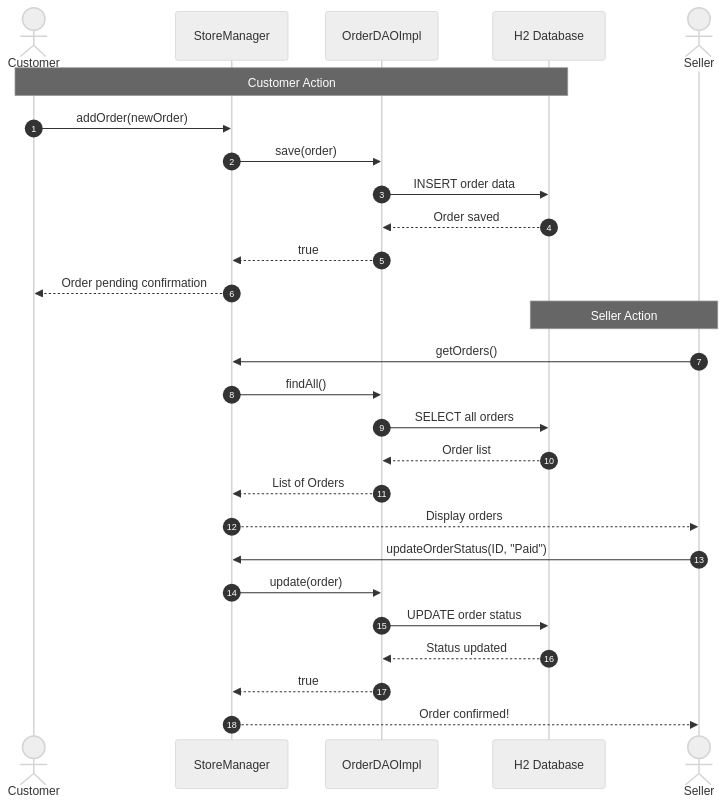
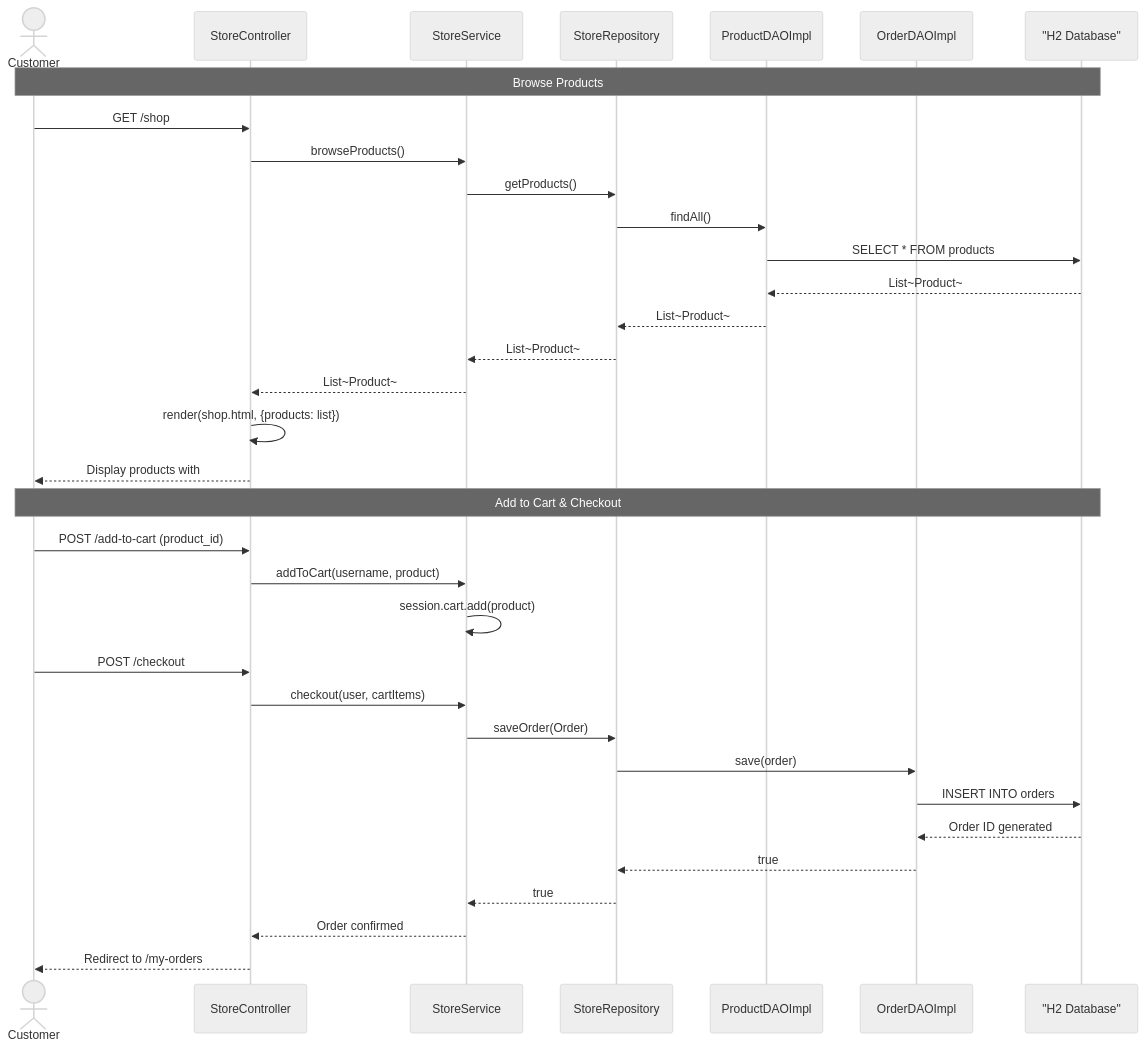
The fourth of 6 diagrams in README.md (ArsenMonets/patterns), drawn with Mermaid (neutral theme) before and after one commit. The commit also changed other lines of this file, not shown here.

````diff
--- a/README.md
+++ b/README.md
@@ -297,31 +672,39 @@
 ```mermaid
 sequenceDiagram
-    autonumber
     actor Customer
-    participant SM as StoreManager
-    participant DAO as OrderDAOImpl
-    participant DB as H2 Database
-    actor Seller
+    participant Controller as StoreController
+    participant StoreService
+    participant Repository as StoreRepository
+    participant ProductDAO as ProductDAOImpl
+    participant OrderDAO as OrderDAOImpl
+    participant DB as "H2 Database"
 
-    Note over Customer, DB: Customer Action
-    Customer->>SM: addOrder(newOrder)
-    SM->>DAO: save(order)
-    DAO->>DB: INSERT order data
-    DB-->>DAO: Order saved
-    DAO-->>SM: true
-    SM-->>Customer: Order pending confirmation
+    Note over Customer, DB: Browse Products
+    Customer->>Controller: GET /shop
+    Controller->>StoreService: browseProducts()
+    StoreService->>Repository: getProducts()
+    Repository->>ProductDAO: findAll()
+    ProductDAO->>DB: SELECT * FROM products
+    DB-->>ProductDAO: List~Product~
+    ProductDAO-->>Repository: List~Product~
+    Repository-->>StoreService: List~Product~
+    StoreService-->>Controller: List~Product~
+    Controller->>Controller: render(shop.html, {products: list})
+    Controller-->>Customer: Display products with #foreach loop
 
-    Note over Seller, DB: Seller Action
-    Seller->>SM: getOrders()
-    SM->>DAO: findAll()
-    DAO->>DB: SELECT all orders
-    DB-->>DAO: Order list
-    DAO-->>SM: List of Orders
-    SM-->>Seller: Display orders
-    Seller->>SM: updateOrderStatus(ID, "Paid")
-    SM->>DAO: update(order)
-    DAO->>DB: UPDATE order status
-    DB-->>DAO: Status updated
-    DAO-->>SM: true
-    SM-->>Seller: Order confirmed!
+    Note over Customer, DB: Add to Cart & Checkout
+    Customer->>Controller: POST /add-to-cart (product_id)
+    Controller->>StoreService: addToCart(username, product)
+    StoreService->>StoreService: session.cart.add(product)
+    
+    Customer->>Controller: POST /checkout
+    Controller->>StoreService: checkout(user, cartItems)
+    StoreService->>Repository: saveOrder(Order)
+    Repository->>OrderDAO: save(order)
+    OrderDAO->>DB: INSERT INTO orders
+    DB-->>OrderDAO: Order ID generated
+    OrderDAO-->>Repository: true
+    Repository-->>StoreService: true
+    StoreService-->>Controller: Order confirmed
+    Controller-->>Customer: Redirect to /my-orders
 ```
````
